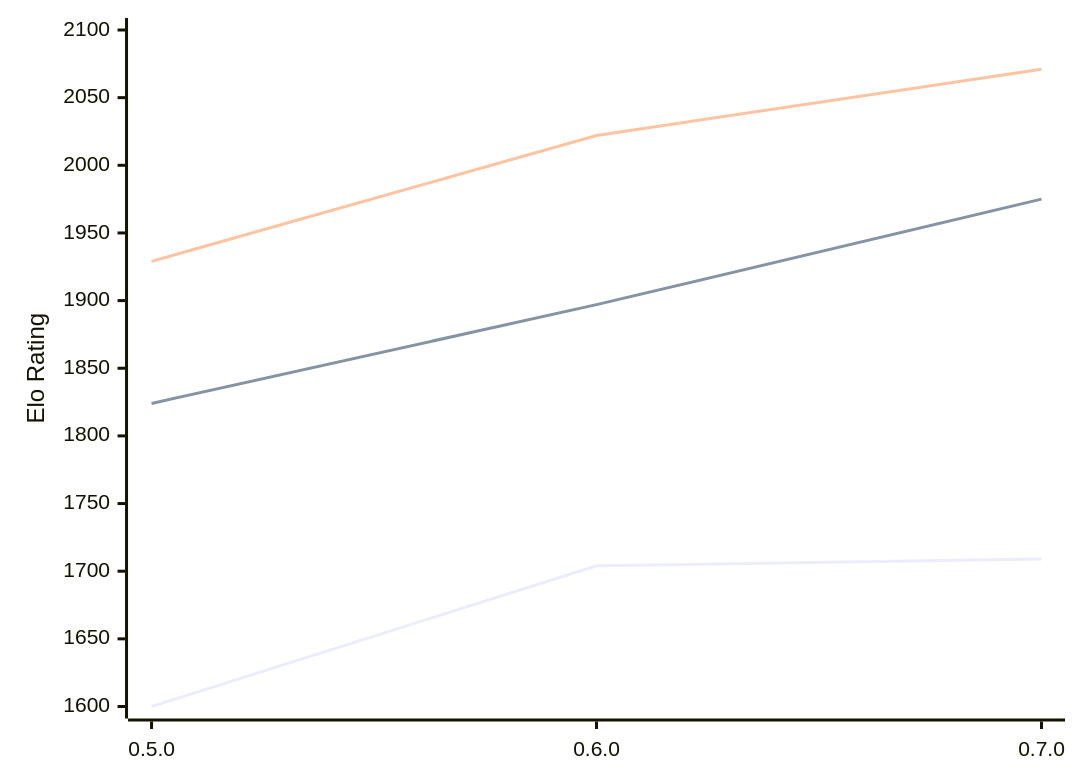
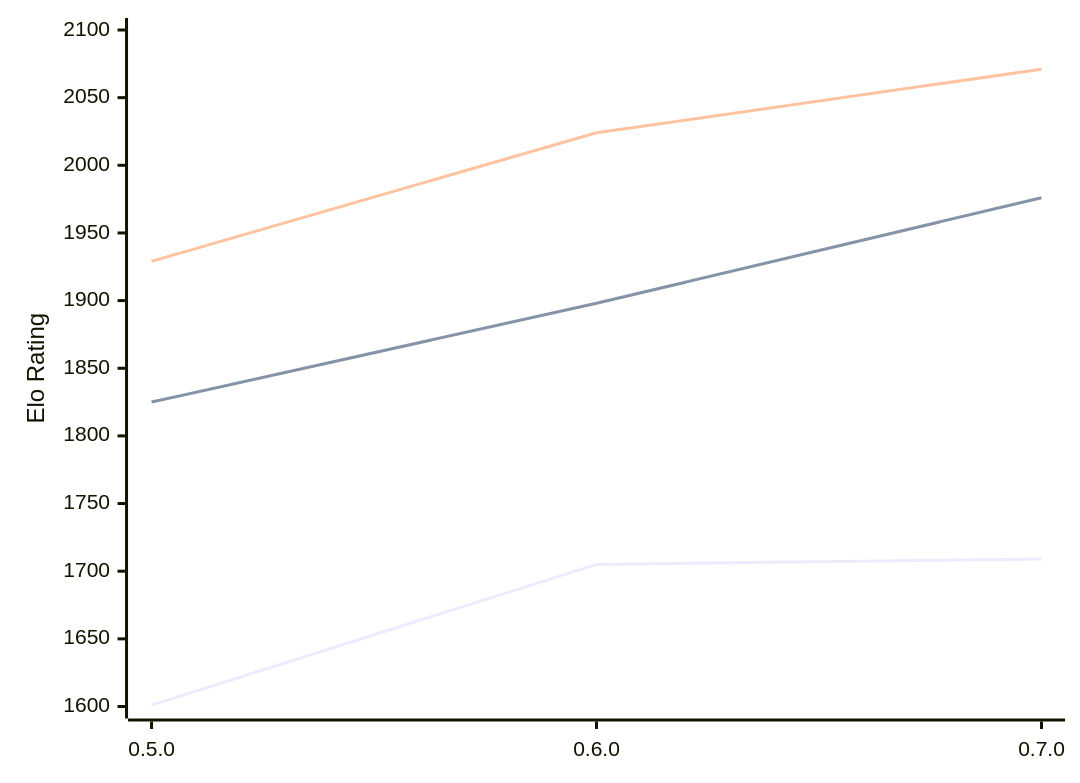
Before and after one commit to computer-chess-index/cci: the diagram in engines/Chess-rs.md, drawn with Mermaid. The commit also changed other lines of this file, not shown here.

Commit message:
Update CCI Ratings (ELO VLTC) - 2026-02-13

````diff
--- a/engines/Chess-rs.md
+++ b/engines/Chess-rs.md
@@ -38,9 +38,9 @@
 ```mermaid
 %%{init: {"theme":"base","themeVariables":{"seriesColors:['#a3a3a3','#222221','#faa371']}}}%%
 xychart-beta
   x-axis ["0.5.0", "0.6.0", "0.7.0"]
   y-axis "Elo Rating" 1600 --> 2100
-  line "STC (8.0+0.08s)" [1600, 1704, 1709]
-  line "LTC (60.0+0.60s)" [1824, 1897, 1975]
-  line "VLTC (2m24s+1.12s)" [1929, 2022, 2071]
+  line "STC (8.0+0.08s)" [1601, 1705, 1709]
+  line "LTC (60.0+0.60s)" [1825, 1898, 1976]
+  line "VLTC (2m24s+1.12s)" [1929, 2024, 2071]
 ```
````
